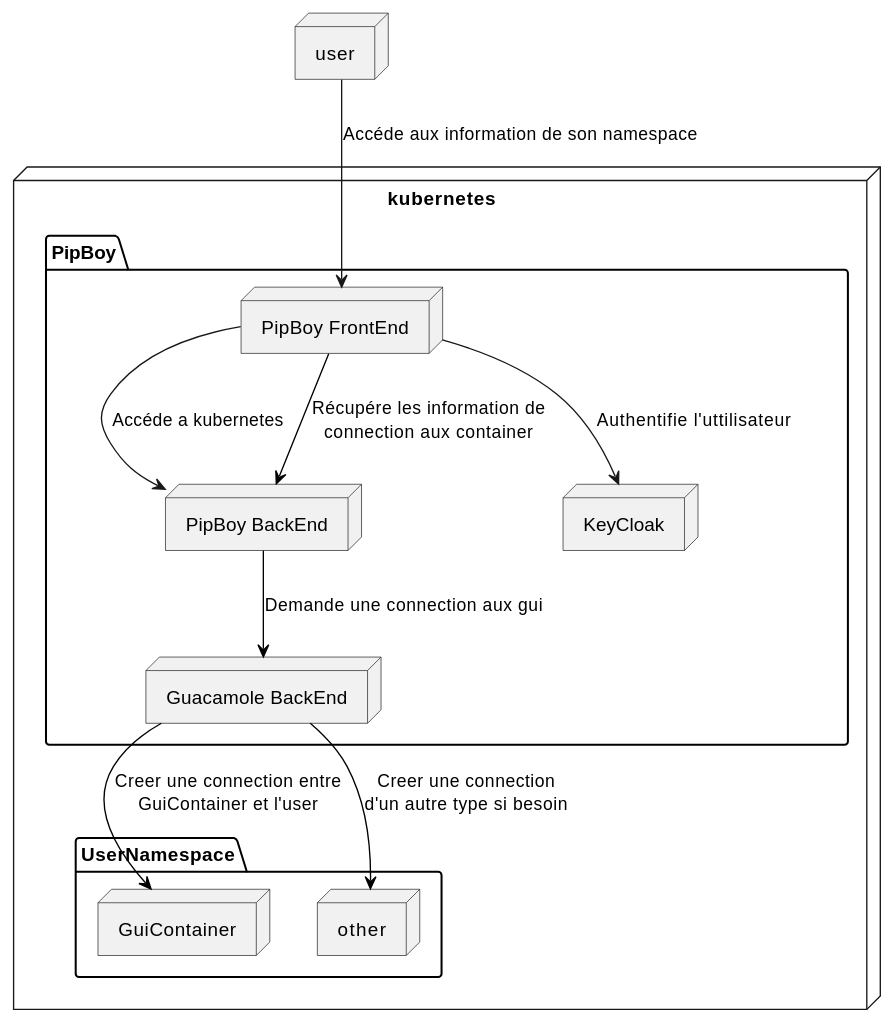
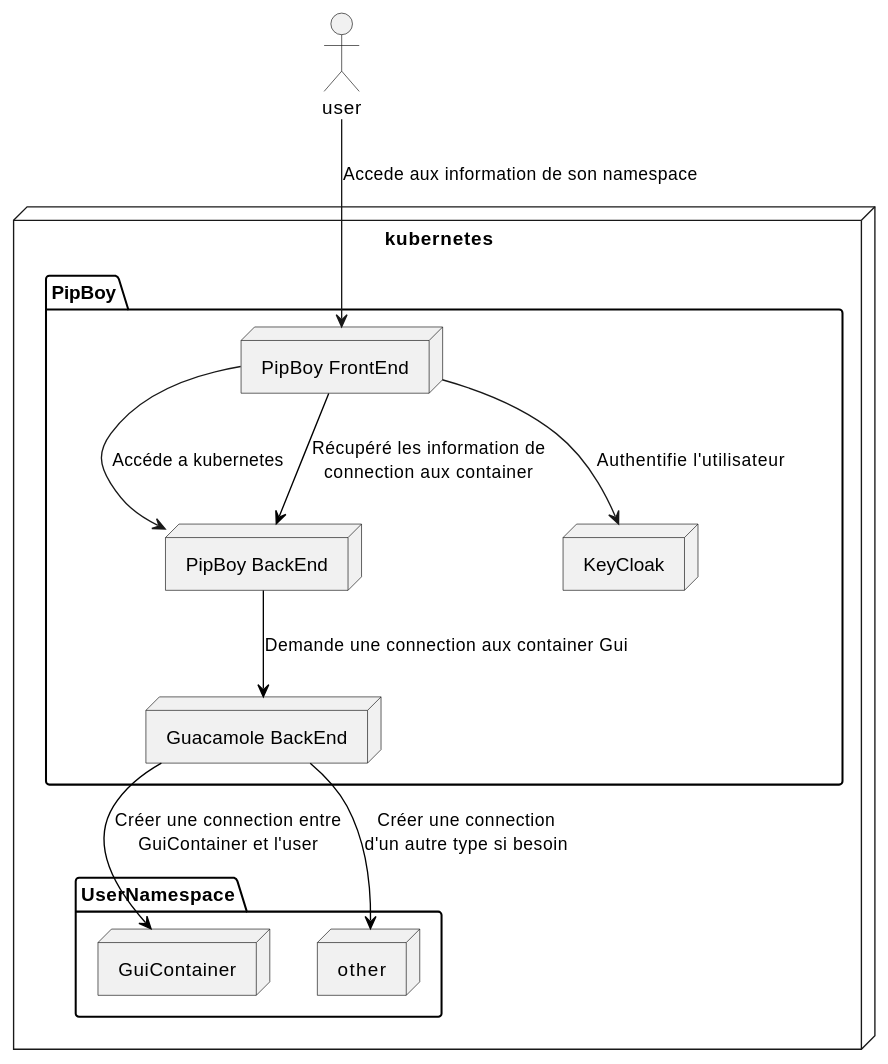
Before and after one commit to batleforc/PipBoy: the diagram in doc/blog/2020-01-14.md, drawn with PlantUML. The commit also changed other lines of this file, not shown here.

Commit message:
[add] Description et mise en forme de la partie pour les autre et curieux

````diff
--- a/doc/blog/2020-01-14.md
+++ b/doc/blog/2020-01-14.md
@@ -31,24 +33,24 @@
 ```plantuml V1
 node kubernetes{
   package "PipBoy"{
     node "Guacamole BackEnd" as guacd
     node "PipBoy BackEnd" as pipback
     node "PipBoy FrontEnd" as pipfront
     node KeyCloak as kc
   }
   package "UserNamespace"{
     node GuiContainer as gui
     node other
   }
 }
 
-node user
+actor user
 
-user --> pipfront : Accéde aux information de son namespace
-pipfront --> kc : Authentifie l'uttilisateur
+user --> pipfront : Accede aux information de son namespace
+pipfront --> kc : Authentifie l'utilisateur
 pipfront --> pipback : Accéde a kubernetes
-pipfront -[#black]-> pipback : Récupére les information de\nconnection aux container
-pipback -[#black]-> guacd : Demande une connection aux gui
-guacd -[#black]-> gui : Creer une connection entre\nGuiContainer et l'user
-guacd -[#black]-> other: Creer une connection\nd'un autre type si besoin
+pipfront -[#black]-> pipback : Récupéré les information de\nconnection aux container
+pipback -[#black]-> guacd : Demande une connection aux container Gui
+guacd -[#black]-> gui : Créer une connection entre\nGuiContainer et l'user
+guacd -[#black]-> other: Créer une connection\nd'un autre type si besoin
 ```
````
